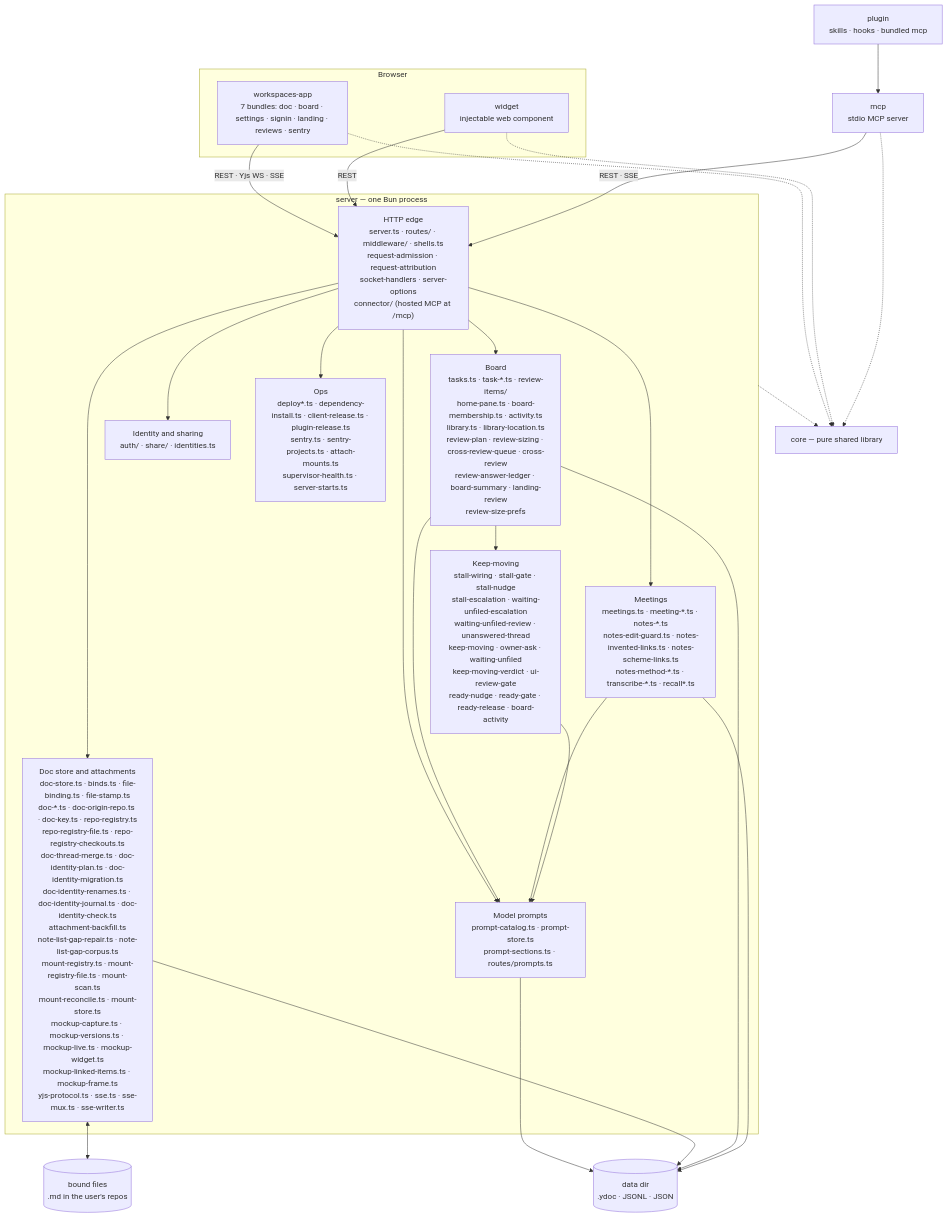
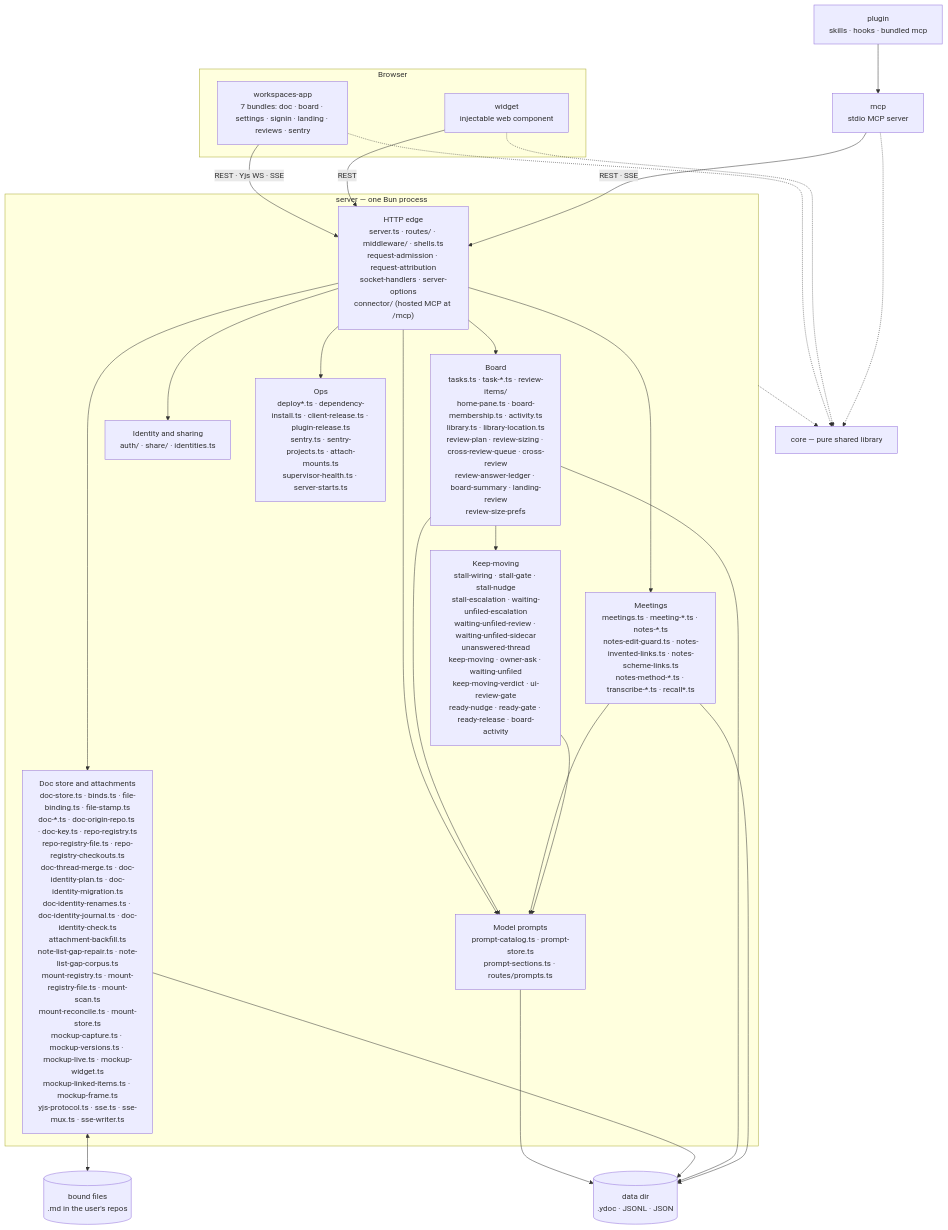
The first of 2 diagrams in docs/architecture/overview.md (fryanpan/claude-workspaces-plugin), drawn with Mermaid before and after one commit. The commit also changed other lines of this file and 7 other files, not shown here.

````diff
--- a/docs/architecture/overview.md
+++ b/docs/architecture/overview.md
@@ -45,35 +45,35 @@
 ```mermaid
 flowchart TB
   subgraph browser[Browser]
     app["workspaces-app<br/>7 bundles: doc · board · settings · signin · landing · reviews · sentry"]
     wid["widget<br/>injectable web component"]
   end
   plug["plugin<br/>skills · hooks · bundled mcp"]
   mcp["mcp<br/>stdio MCP server"]
   subgraph srv["server — one Bun process"]
     edge["HTTP edge<br/>server.ts · routes/ · middleware/ · shells.ts<br/>request-admission · request-attribution<br/>socket-handlers · server-options<br/>connector/ (hosted MCP at /mcp)"]
     docs["Doc store and attachments<br/>doc-store.ts · binds.ts · file-binding.ts · file-stamp.ts<br/>doc-*.ts · doc-origin-repo.ts · doc-key.ts · repo-registry.ts<br/>repo-registry-file.ts · repo-registry-checkouts.ts<br/>doc-thread-merge.ts · doc-identity-plan.ts · doc-identity-migration.ts<br/>doc-identity-renames.ts · doc-identity-journal.ts · doc-identity-check.ts<br/>attachment-backfill.ts<br/>note-list-gap-repair.ts · note-list-gap-corpus.ts<br/>mount-registry.ts · mount-registry-file.ts · mount-scan.ts<br/>mount-reconcile.ts · mount-store.ts<br/>mockup-capture.ts · mockup-versions.ts · mockup-live.ts · mockup-widget.ts<br/>mockup-linked-items.ts · mockup-frame.ts<br/>yjs-protocol.ts · sse.ts · sse-mux.ts · sse-writer.ts"]
     board["Board<br/>tasks.ts · task-*.ts · review-items/<br/>home-pane.ts · board-membership.ts · activity.ts<br/>library.ts · library-location.ts<br/>review-plan · review-sizing · cross-review-queue · cross-review<br/>review-answer-ledger · board-summary · landing-review<br/>review-size-prefs"]
     meet["Meetings<br/>meetings.ts · meeting-*.ts · notes-*.ts<br/>notes-edit-guard.ts · notes-invented-links.ts · notes-scheme-links.ts<br/>notes-method-*.ts · transcribe-*.ts · recall*.ts"]
-    keep["Keep-moving<br/>stall-wiring · stall-gate · stall-nudge<br/>stall-escalation · waiting-unfiled-escalation<br/>waiting-unfiled-review · unanswered-thread<br/>keep-moving · owner-ask · waiting-unfiled<br/>keep-moving-verdict · ui-review-gate<br/>ready-nudge · ready-gate · ready-release · board-activity"]
+    keep["Keep-moving<br/>stall-wiring · stall-gate · stall-nudge<br/>stall-escalation · waiting-unfiled-escalation<br/>waiting-unfiled-review · waiting-unfiled-sidecar<br/>unanswered-thread<br/>keep-moving · owner-ask · waiting-unfiled<br/>keep-moving-verdict · ui-review-gate<br/>ready-nudge · ready-gate · ready-release · board-activity"]
     ident["Identity and sharing<br/>auth/ · share/ · identities.ts"]
     prompts["Model prompts<br/>prompt-catalog.ts · prompt-store.ts<br/>prompt-sections.ts · routes/prompts.ts"]
     ops["Ops<br/>deploy*.ts · dependency-install.ts · client-release.ts · plugin-release.ts<br/>sentry.ts · sentry-projects.ts · attach-mounts.ts<br/>supervisor-health.ts · server-starts.ts"]
   end
   core["core — pure shared library"]
   disk[("data dir<br/>.ydoc · JSONL · JSON")]
   files[("bound files<br/>.md in the user's repos")]
 
   app -->|"REST · Yjs WS · SSE"| edge
   wid -->|REST| edge
   plug --> mcp
   mcp -->|"REST · SSE"| edge
   edge --> docs & board & meet & ident & ops & prompts
   board & meet & keep --> prompts
   prompts --> disk
   board --> keep
   docs <--> files
   docs & board & meet --> disk
   app & wid & mcp -.-> core
   srv -.-> core
 ```
````
